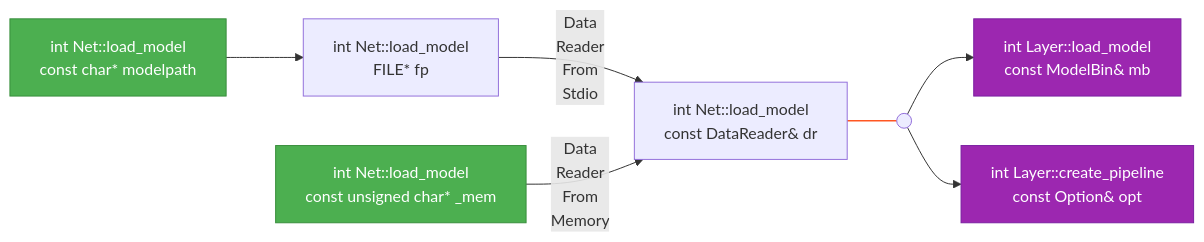
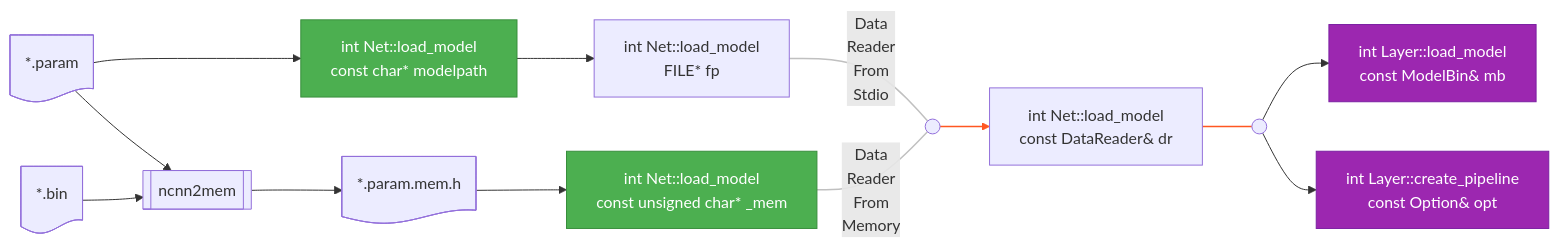
Before and after one commit to 18610361898/ai4rp: the eighth of 8 diagrams in README.md, drawn with Mermaid. The commit also changed other lines of this file and 1 other file, not shown here.

````diff
--- a/README.md
+++ b/README.md
@@ -857,23 +881,34 @@
 ```mermaid
 graph LR
+  F0@{ shape: doc, label: "*.param"}
+  F1@{ shape: doc, label: "*.bin"}
+  F2@{ shape: doc, label: "*.param.mem.h"}
+  T@{ shape: subproc, label: "ncnn2mem" }
+  F0 & F1 --> T --> F2
+
   A1[int Net::load_model<br>const char* modelpath]
   A2[int Net::load_model<br>const unsigned char* _mem]
   B1[int Net::load_model<br>FILE* fp]
   C[int Net::load_model<br>const DataReader& dr]
 
   M1[int Layer::load_model<br>const ModelBin& mb]
   M4[int Layer::create_pipeline<br>const Option& opt]
 
+  F0 --> A1
+  F2 --> A2
   A1 --> B1
-  B1 --Data<br>Reader<br>From<br>Stdio --> C
-  A2 --Data<br>Reader<br>From<br>Memory--> C
-  C ~~~ HUB0(( ))
-  HUB0 --> M1
-  HUB0 --> M4
+  HUB0(( ))
+  B1 ~~~|Data<br>Reader<br>From<br>Stdio |HUB0
+  A2 ~~~|Data<br>Reader<br>From<br>Memory|HUB0
+  HUB0 --> C
+  C ~~~ HUB1(( ))
+  HUB1 --> M1
+  HUB1 --> M4
   
   style A1 fill:#4CAF50,stroke:#388E3C,color:white
   style A2 fill:#4CAF50,stroke:#388E3C,color:white
-  linkStyle 3 stroke:#FF5722,stroke-width:1.5px
+  linkStyle 6,7 stroke:#C0C0C0,stroke-width:1.5px
+  linkStyle 8,9 stroke:#FF5722,stroke-width:1.5px
   class M1,M4 subnode
   classDef subnode fill:#9C27B0,stroke:#7B1FA2,color:white
 ```
````
